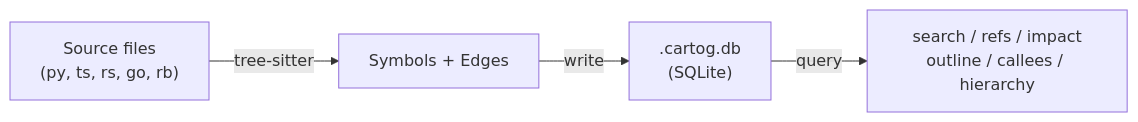
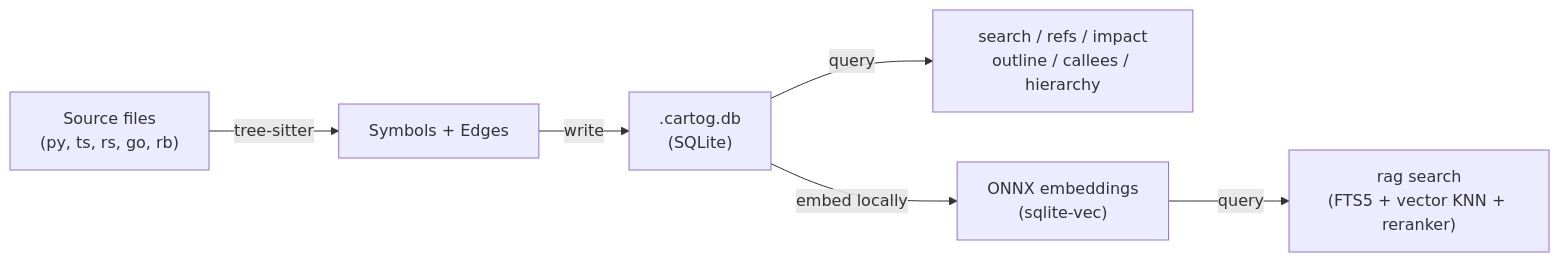
Before and after one commit to jrollin/cartog: the diagram in README.md, drawn with Mermaid. The commit also changed other lines of this file and 37 other files, not shown here.

First line of the commit message:
feat: add RAG semantic search, file watcher, and smart search routing

````diff
--- a/README.md
+++ b/README.md
@@ -142,6 +203,8 @@
 ```mermaid
 graph LR
     A["Source files<br/>(py, ts, rs, go, rb)"] -->|tree-sitter| B["Symbols + Edges"]
     B -->|write| C[".cartog.db<br/>(SQLite)"]
     C -->|query| D["search / refs / impact<br/>outline / callees / hierarchy"]
+    C -->|embed locally| E["ONNX embeddings<br/>(sqlite-vec)"]
+    E -->|query| F["rag search<br/>(FTS5 + vector KNN + reranker)"]
 ```
````
